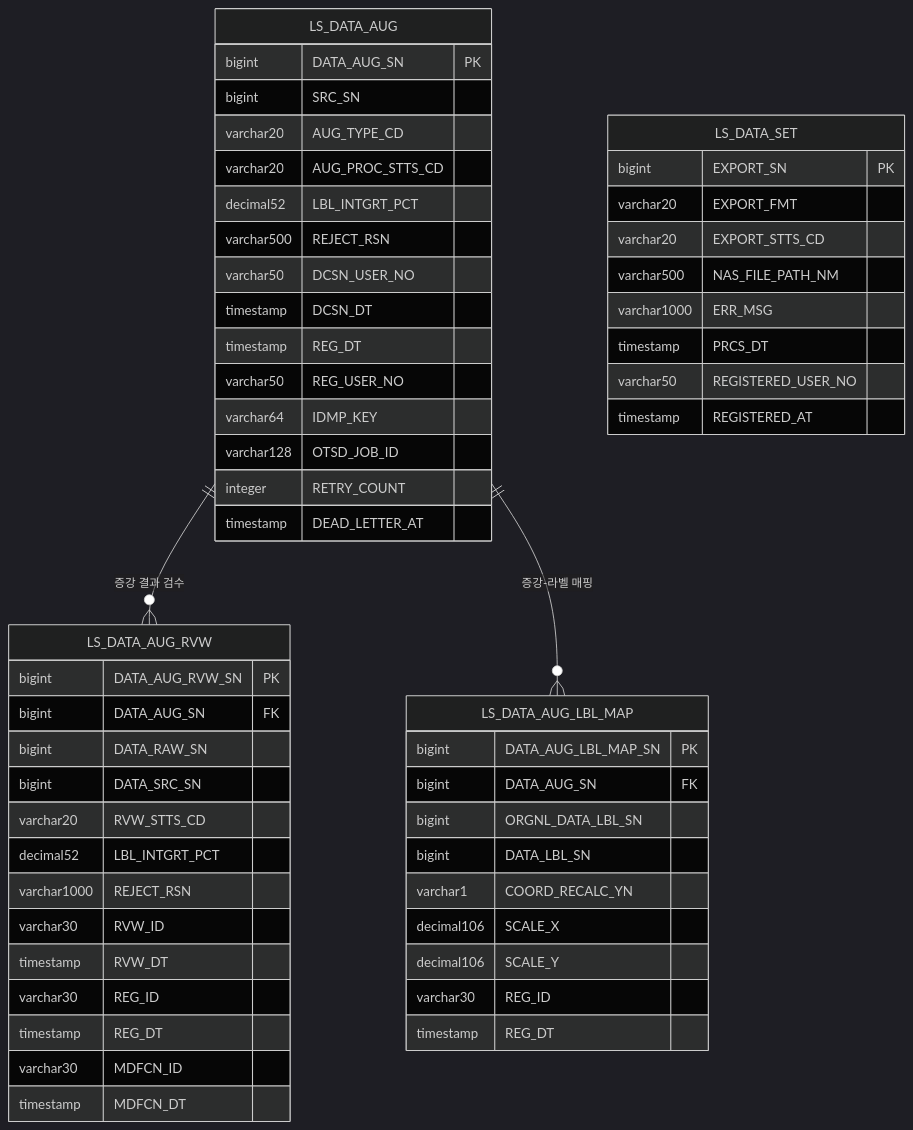
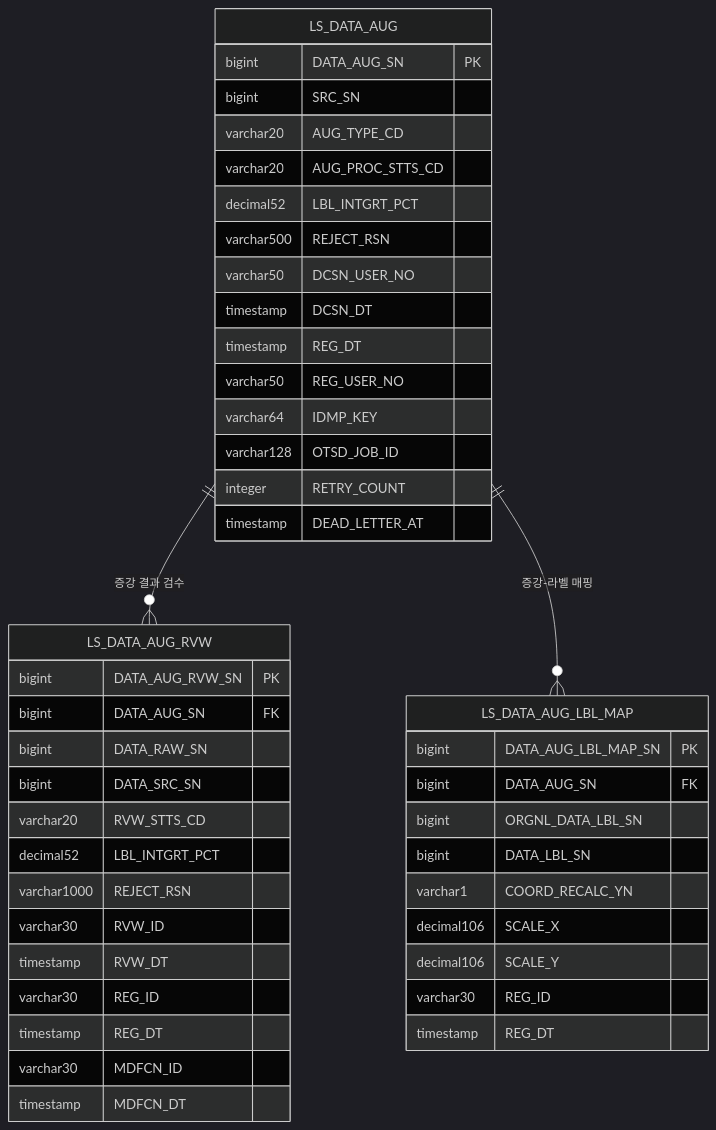
The second of 13 diagrams in docs/design/D8-엔티티관계모형설계서.md (New-stella/klid-label), drawn with Mermaid (dark theme) before and after one commit. The commit also changed other lines of this file and 1 other file, not shown here.

````diff
--- a/docs/design/D8-엔티티관계모형설계서.md
+++ b/docs/design/D8-엔티티관계모형설계서.md
@@ -130,58 +139,47 @@
 ```mermaid
 erDiagram
     LS_DATA_AUG {
         bigint DATA_AUG_SN PK
         bigint SRC_SN
         varchar20 AUG_TYPE_CD
         varchar20 AUG_PROC_STTS_CD
         decimal52 LBL_INTGRT_PCT
         varchar500 REJECT_RSN
         varchar50 DCSN_USER_NO
         timestamp DCSN_DT
         timestamp REG_DT
         varchar50 REG_USER_NO
         varchar64 IDMP_KEY
         varchar128 OTSD_JOB_ID
         integer RETRY_COUNT
         timestamp DEAD_LETTER_AT
     }
     LS_DATA_AUG_RVW {
         bigint DATA_AUG_RVW_SN PK
         bigint DATA_AUG_SN FK
         bigint DATA_RAW_SN
         bigint DATA_SRC_SN
         varchar20 RVW_STTS_CD
         decimal52 LBL_INTGRT_PCT
         varchar1000 REJECT_RSN
         varchar30 RVW_ID
         timestamp RVW_DT
         varchar30 REG_ID
         timestamp REG_DT
         varchar30 MDFCN_ID
         timestamp MDFCN_DT
     }
     LS_DATA_AUG_LBL_MAP {
         bigint DATA_AUG_LBL_MAP_SN PK
         bigint DATA_AUG_SN FK
         bigint ORGNL_DATA_LBL_SN
         bigint DATA_LBL_SN
         varchar1 COORD_RECALC_YN
         decimal106 SCALE_X
         decimal106 SCALE_Y
         varchar30 REG_ID
         timestamp REG_DT
     }
-    LS_DATA_SET {
-        bigint EXPORT_SN PK
-        varchar20 EXPORT_FMT
-        varchar20 EXPORT_STTS_CD
-        varchar500 NAS_FILE_PATH_NM
-        varchar1000 ERR_MSG
-        timestamp PRCS_DT
-        varchar50 REGISTERED_USER_NO
-        timestamp REGISTERED_AT
-    }
-
     LS_DATA_AUG ||--o{ LS_DATA_AUG_RVW : "증강 결과 검수"
     LS_DATA_AUG ||--o{ LS_DATA_AUG_LBL_MAP : "증강-라벨 매핑"
 ```
````
